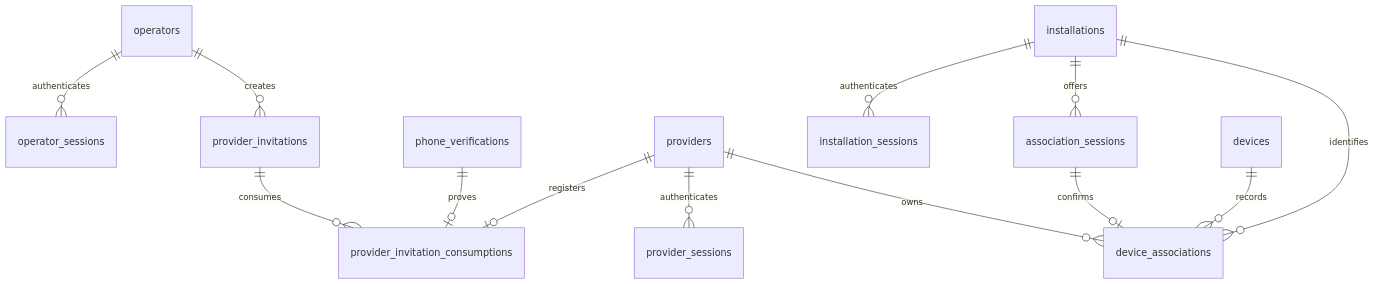
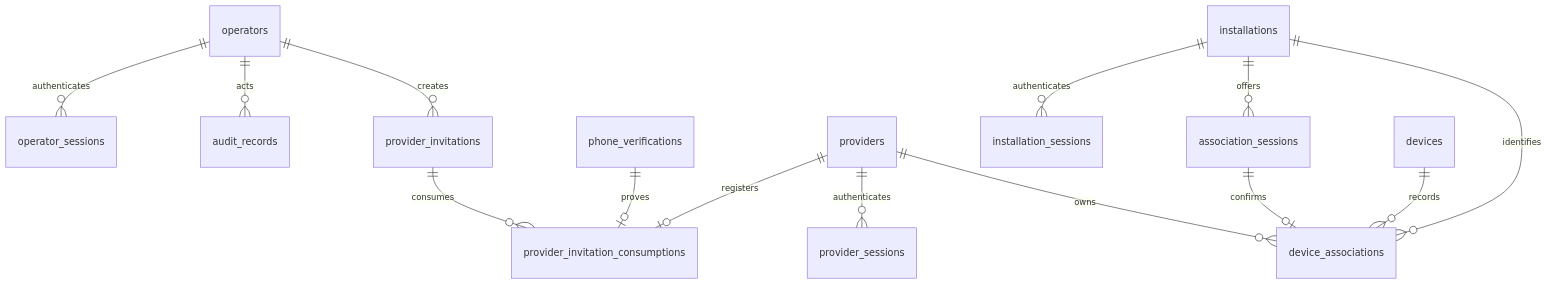
Before and after one commit to linghuxj/SocialGrowth: the diagram in product/backend/docs/identity-device-er.md, drawn with Mermaid. The commit also changed other lines of this file and 12 other files, not shown here.

````diff
--- a/product/backend/docs/identity-device-er.md
+++ b/product/backend/docs/identity-device-er.md
@@ -5,15 +5,16 @@
 ```mermaid
 erDiagram
   operators ||--o{ operator_sessions : authenticates
+  operators ||--o{ audit_records : acts
   operators ||--o{ provider_invitations : creates
   provider_invitations ||--o{ provider_invitation_consumptions : consumes
   phone_verifications ||--o| provider_invitation_consumptions : proves
   providers ||--o| provider_invitation_consumptions : registers
   providers ||--o{ provider_sessions : authenticates
   installations ||--o{ installation_sessions : authenticates
   installations ||--o{ association_sessions : offers
   association_sessions ||--o| device_associations : confirms
   providers ||--o{ device_associations : owns
   installations ||--o{ device_associations : identifies
   devices ||--o{ device_associations : records
 ```
````
